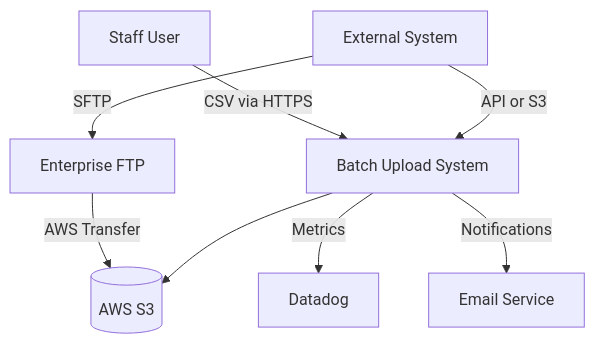
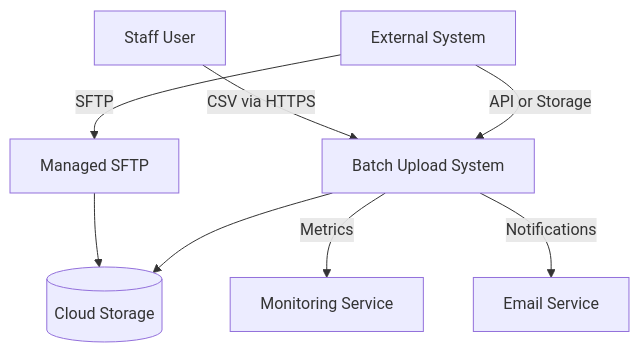
Before and after one commit to navapbc/oscer: the second of 5 diagrams in docs/architecture/batch-upload/batch-upload.md, drawn with Mermaid. The commit also changed other lines of this file, not shown here.

````diff
--- a/docs/architecture/batch-upload/batch-upload.md
+++ b/docs/architecture/batch-upload/batch-upload.md
@@ -34,10 +35,10 @@
 ```mermaid
 flowchart TB
     Staff[Staff User] -->|"CSV via HTTPS"| System[Batch Upload System]
-    ExtSystem[External System] -->|"API or S3"| System
-    ExtSystem -->|"SFTP"| FTP[Enterprise FTP]
-    FTP -->|"AWS Transfer"| S3[(AWS S3)]
-    System --> S3
-    System -->|"Metrics"| APM[Datadog]
+    ExtSystem[External System] -->|"API or Storage"| System
+    ExtSystem -->|"SFTP"| FTP[Managed SFTP]
+    FTP --> Storage[(Cloud Storage)]
+    System --> Storage
+    System -->|"Metrics"| Monitoring[Monitoring Service]
     System -->|"Notifications"| Email[Email Service]
 ```
````
